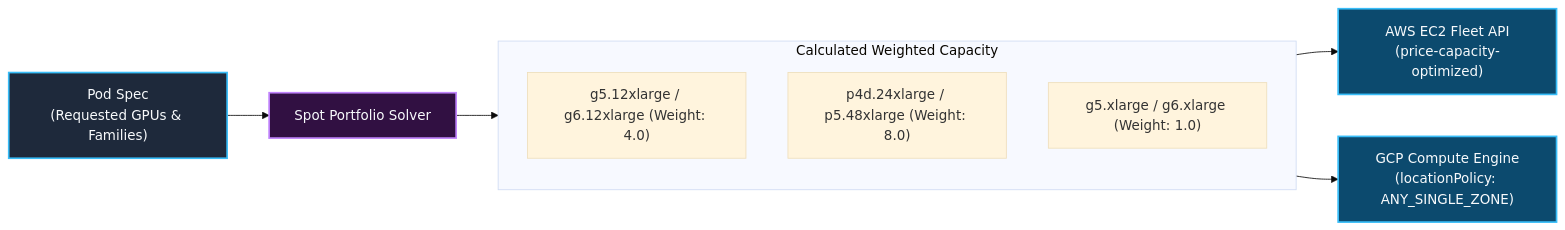
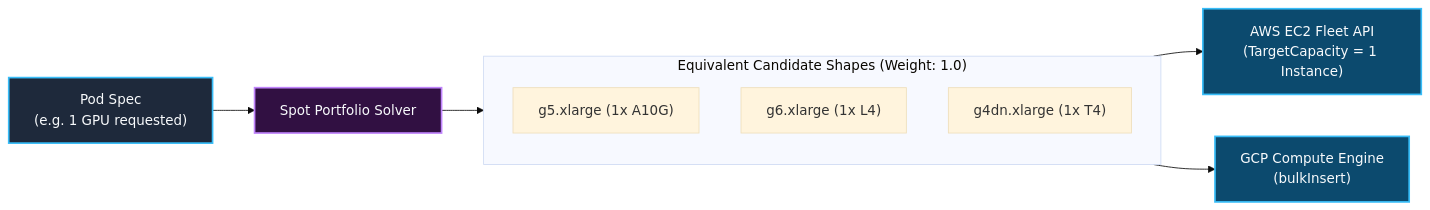
The third of 9 diagrams in readme.md (simonepri/interlink-cloudvm-plugin), drawn with Mermaid (base theme) before and after one commit. The commit also changed other lines of this file and 15 other files, not shown here.

Commit message:
refactor: align 1:1 pod VM model, fix fleet token & status reporting, add ticker chart, and polish docs

````diff
--- a/readme.md
+++ b/readme.md
@@ -122,19 +121,22 @@
 ```mermaid
 flowchart LR
     classDef req fill:#1E293B,stroke:#38BDF8,stroke-width:2px,color:#F8FAFC
     classDef solver fill:#311042,stroke:#C084FC,stroke-width:2px,color:#F8FAFC
     classDef cloud fill:#0C4A6E,stroke:#38BDF8,stroke-width:2px,color:#F8FAFC
 
-    Req["Pod Spec\n(Requested GPUs & Families)"]:::req --> Solver["Spot Portfolio Solver"]:::solver
+    Req["Pod Spec
+(e.g. 1 GPU requested)"]:::req --> Solver["Spot Portfolio Solver"]:::solver
 
-    subgraph Weights["Calculated Weighted Capacity"]
+    subgraph Portfolio["Equivalent Candidate Shapes (Weight: 1.0)"]
         direction TB
-        W1["g5.12xlarge / g6.12xlarge (Weight: 4.0)"]
-        W2["p4d.24xlarge / p5.48xlarge (Weight: 8.0)"]
-        W3["g5.xlarge / g6.xlarge (Weight: 1.0)"]
+        W1["g5.xlarge (1x A10G)"]
+        W2["g6.xlarge (1x L4)"]
+        W3["g4dn.xlarge (1x T4)"]
     end
-    Solver --> Weights
+    Solver --> Portfolio
 
-    Weights --> AWS["AWS EC2 Fleet API\n(price-capacity-optimized)"]:::cloud
-    Weights --> GCP["GCP Compute Engine\n(locationPolicy: ANY_SINGLE_ZONE)"]:::cloud
+    Portfolio --> AWS["AWS EC2 Fleet API
+(TargetCapacity = 1 Instance)"]:::cloud
+    Portfolio --> GCP["GCP Compute Engine
+(bulkInsert)"]:::cloud
 ```
````
